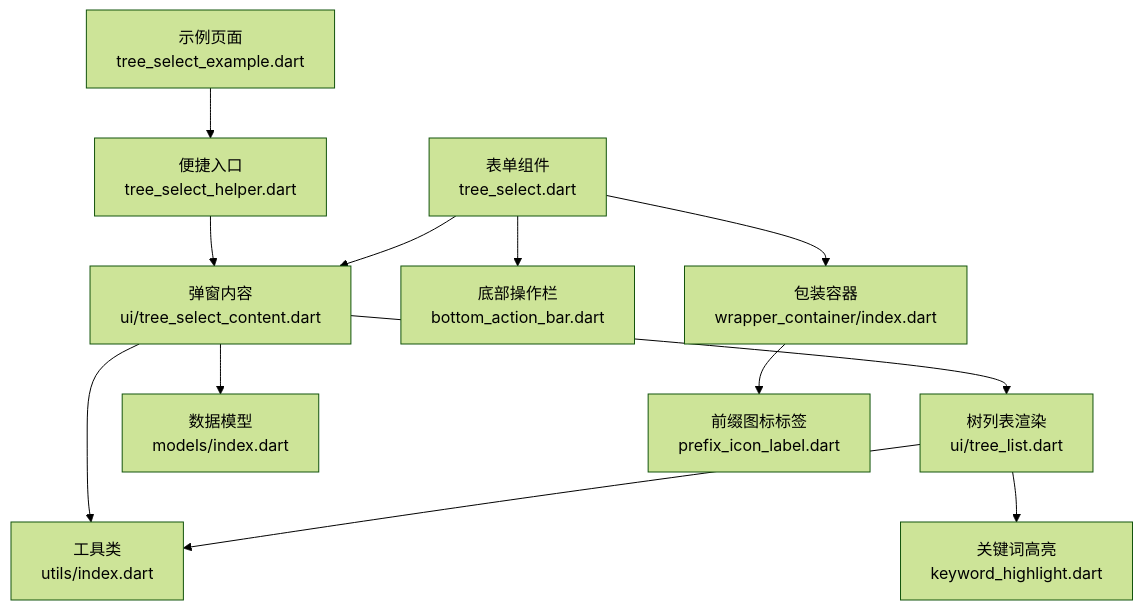
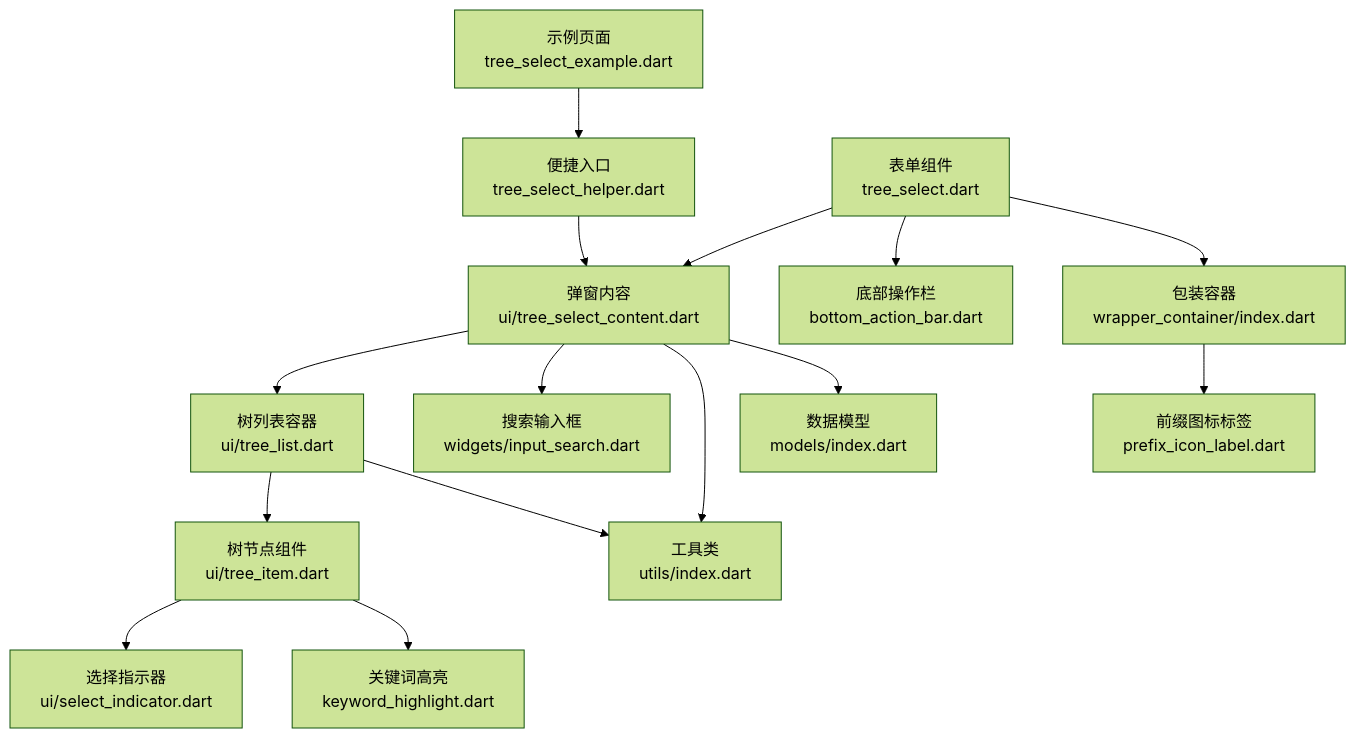
Before and after one commit to yuzhido/lite-ui: the first of 3 diagrams in .qoder/repowiki/zh/content/API 参考/高级组件 API/TreeSelect 树形选择器 API.md, drawn with Mermaid (forest theme). The commit also changed other lines of this file and 35 other files, not shown here.

````diff
--- a/.qoder/repowiki/zh/content/API 参考/高级组件 API/TreeSelect 树形选择器 API.md
+++ b/.qoder/repowiki/zh/content/API 参考/高级组件 API/TreeSelect 树形选择器 API.md
@@ -53,14 +66,17 @@
 ```mermaid
 graph TB
 A["示例页面<br/>tree_select_example.dart"] --> B["便捷入口<br/>tree_select_helper.dart"]
 B --> C["弹窗内容<br/>ui/tree_select_content.dart"]
-C --> D["树列表渲染<br/>ui/tree_list.dart"]
-C --> E["工具类<br/>utils/index.dart"]
-D --> E
-C --> F["数据模型<br/>models/index.dart"]
-D --> G["关键词高亮<br/>keyword_highlight.dart"]
-H["表单组件<br/>tree_select.dart"] --> C
-H --> I["底部操作栏<br/>bottom_action_bar.dart"]
-H --> J["包装容器<br/>wrapper_container/index.dart"]
-J --> K["前缀图标标签<br/>prefix_icon_label.dart"]
+C --> D["树列表容器<br/>ui/tree_list.dart"]
+D --> E["树节点组件<br/>ui/tree_item.dart"]
+E --> F["选择指示器<br/>ui/select_indicator.dart"]
+C --> G["搜索输入框<br/>widgets/input_search.dart"]
+C --> H["工具类<br/>utils/index.dart"]
+D --> H
+C --> I["数据模型<br/>models/index.dart"]
+E --> J["关键词高亮<br/>keyword_highlight.dart"]
+K["表单组件<br/>tree_select.dart"] --> C
+K --> L["底部操作栏<br/>bottom_action_bar.dart"]
+K --> M["包装容器<br/>wrapper_container/index.dart"]
+M --> N["前缀图标标签<br/>prefix_icon_label.dart"]
 ```
````
